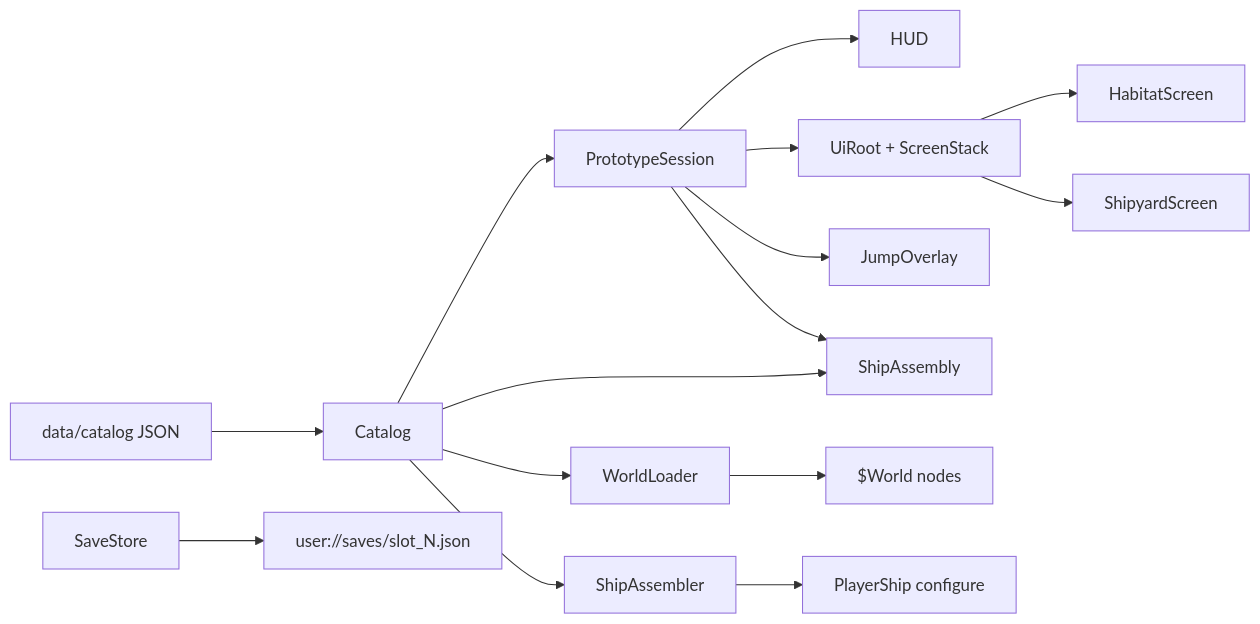
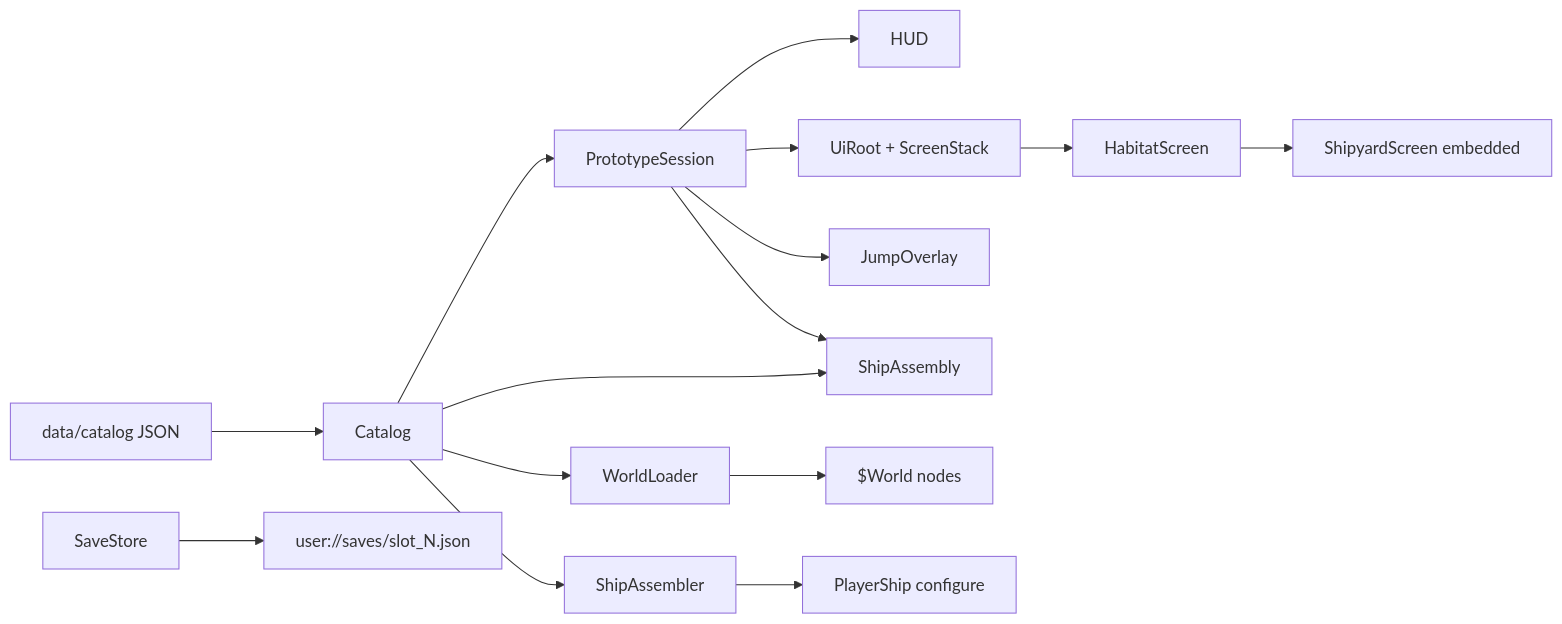
The first of 2 diagrams in docs/design/architecture.md (alan-mcl/cartel2), drawn with Mermaid before and after one commit. The commit also changed other lines of this file and 40 other files, not shown here.

````diff
--- a/docs/design/architecture.md
+++ b/docs/design/architecture.md
@@ -26,17 +26,17 @@
 ```mermaid
 flowchart LR
   JSON[data/catalog JSON] --> Catalog
   Catalog --> Session[PrototypeSession]
   Catalog --> Assembler[ShipAssembler]
   Catalog --> Loader[WorldLoader]
   Session --> HUD
   Session --> UiRoot[UiRoot + ScreenStack]
   Session --> Jump[JumpOverlay]
   Session --> Assembly[ShipAssembly]
   Catalog --> Assembly
   UiRoot --> Habitat[HabitatScreen]
-  UiRoot --> Shipyard[ShipyardScreen]
+  Habitat --> Shipyard[ShipyardScreen embedded]
   SaveStore --> UserSaves[user://saves/slot_N.json]
   Loader --> World["$World nodes"]
   Assembler --> PlayerShip[PlayerShip configure]
 ```
````
